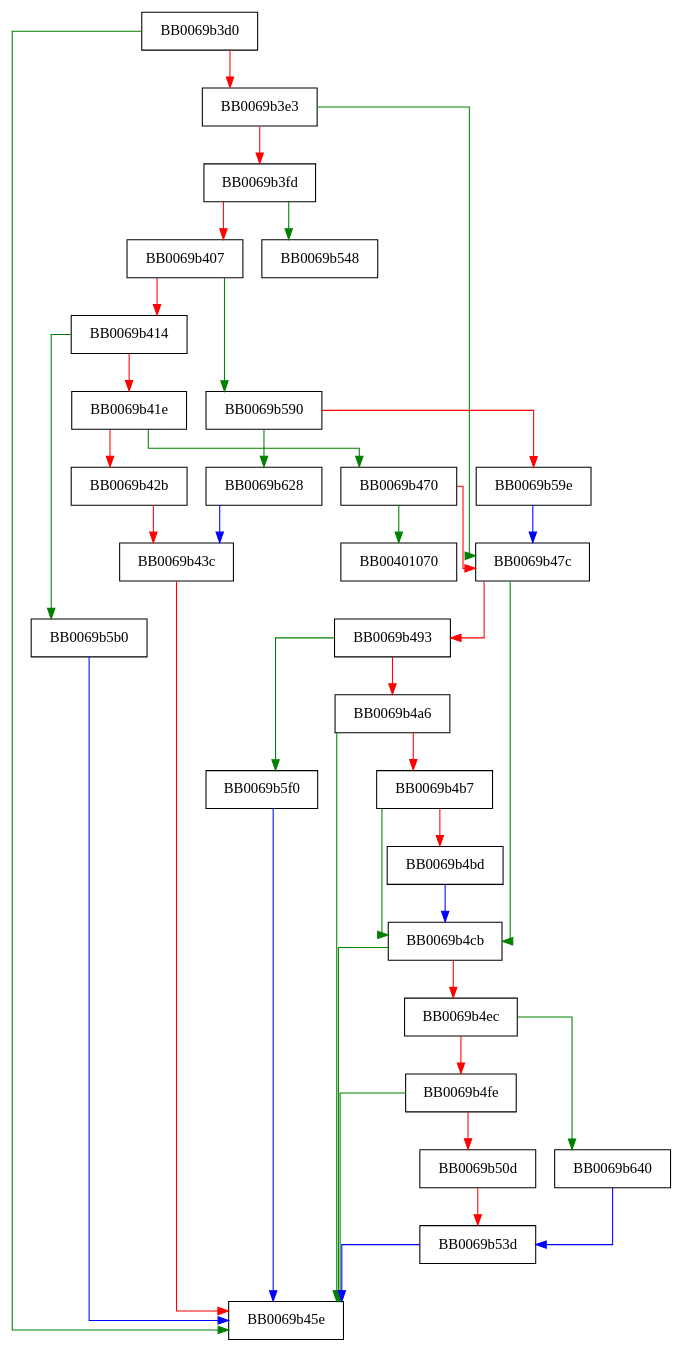
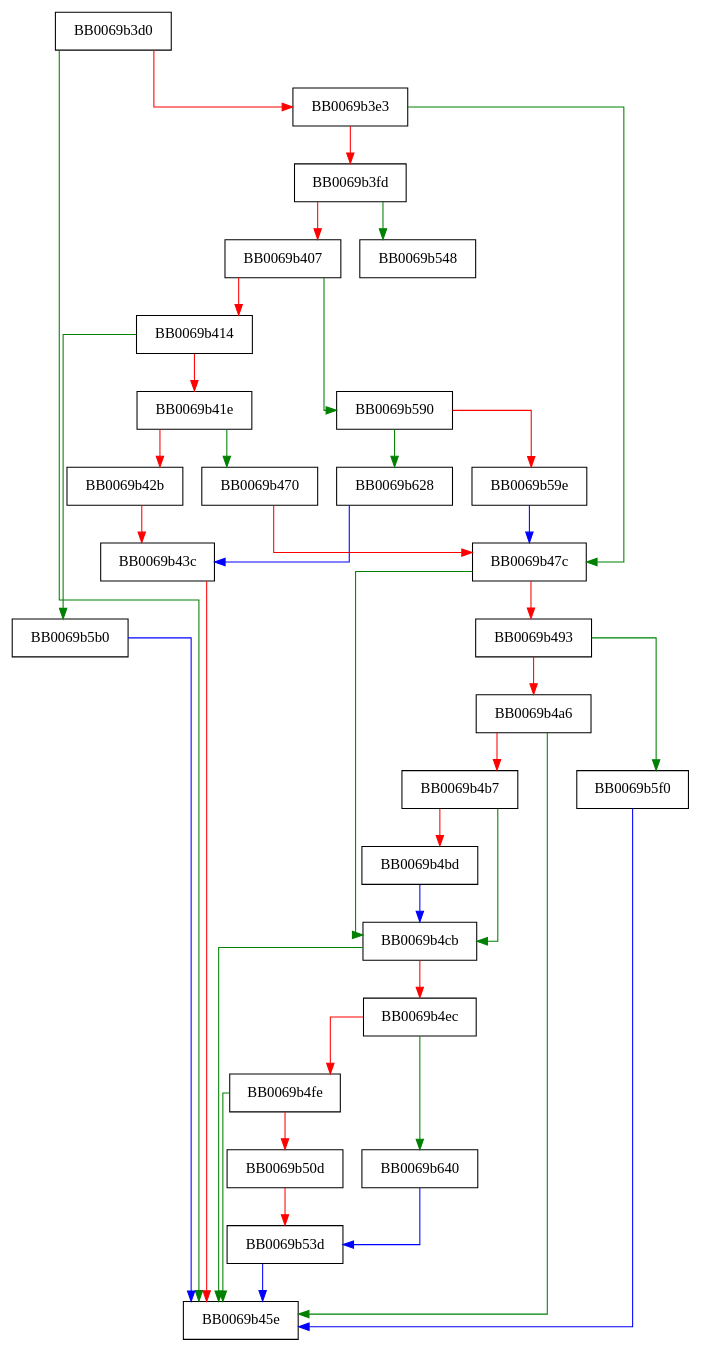
Before and after one commit to v-p-b/ghidra-function-graph-datasets: the diagram in openssl-static-gcc-dwarf/0069b3d0.dot, drawn with Graphviz. The commit also changed 16867 other files, not shown here.

```diff
--- a/openssl-static-gcc-dwarf/0069b3d0.dot
+++ b/openssl-static-gcc-dwarf/0069b3d0.dot
@@ -1,44 +1,43 @@
 digraph aes_ocb_set_ctx_params {
   node [shape="box"];
   graph [splines=ortho];
   BB0069b3d0 -> BB0069b45e [color="green"];
   BB0069b3d0 -> BB0069b3e3 [color="red"];
   BB0069b3e3 -> BB0069b47c [color="green"];
   BB0069b3e3 -> BB0069b3fd [color="red"];
   BB0069b3fd -> BB0069b548 [color="green"];
   BB0069b3fd -> BB0069b407 [color="red"];
   BB0069b407 -> BB0069b590 [color="green"];
   BB0069b407 -> BB0069b414 [color="red"];
   BB0069b414 -> BB0069b5b0 [color="green"];
   BB0069b414 -> BB0069b41e [color="red"];
   BB0069b41e -> BB0069b470 [color="green"];
   BB0069b41e -> BB0069b42b [color="red"];
   BB0069b42b -> BB0069b43c [color="red"];
   BB0069b43c -> BB0069b45e [color="red"];
-  BB0069b470 -> BB00401070 [color="green"];
   BB0069b470 -> BB0069b47c [color="red"];
   BB0069b47c -> BB0069b4cb [color="green"];
   BB0069b47c -> BB0069b493 [color="red"];
   BB0069b493 -> BB0069b5f0 [color="green"];
   BB0069b493 -> BB0069b4a6 [color="red"];
   BB0069b4a6 -> BB0069b45e [color="green"];
   BB0069b4a6 -> BB0069b4b7 [color="red"];
   BB0069b4b7 -> BB0069b4cb [color="green"];
   BB0069b4b7 -> BB0069b4bd [color="red"];
   BB0069b4bd -> BB0069b4cb [color="blue"];
   BB0069b4cb -> BB0069b45e [color="green"];
   BB0069b4cb -> BB0069b4ec [color="red"];
   BB0069b4ec -> BB0069b640 [color="green"];
   BB0069b4ec -> BB0069b4fe [color="red"];
   BB0069b4fe -> BB0069b45e [color="green"];
   BB0069b4fe -> BB0069b50d [color="red"];
   BB0069b50d -> BB0069b53d [color="red"];
   BB0069b53d -> BB0069b45e [color="blue"];
   BB0069b590 -> BB0069b628 [color="green"];
   BB0069b590 -> BB0069b59e [color="red"];
   BB0069b59e -> BB0069b47c [color="blue"];
   BB0069b5b0 -> BB0069b45e [color="blue"];
   BB0069b5f0 -> BB0069b45e [color="blue"];
   BB0069b628 -> BB0069b43c [color="blue"];
   BB0069b640 -> BB0069b53d [color="blue"];
 }
```
